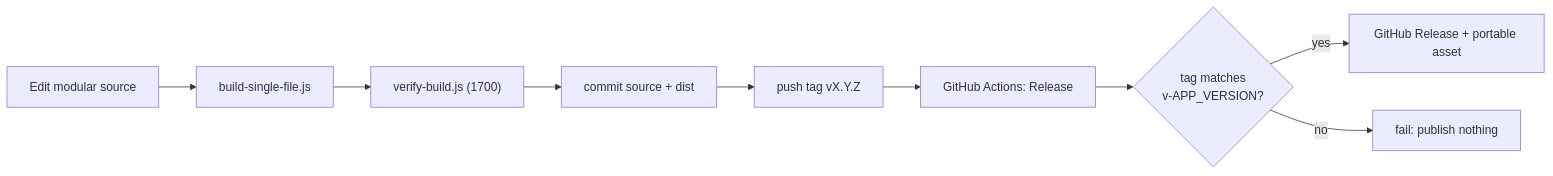
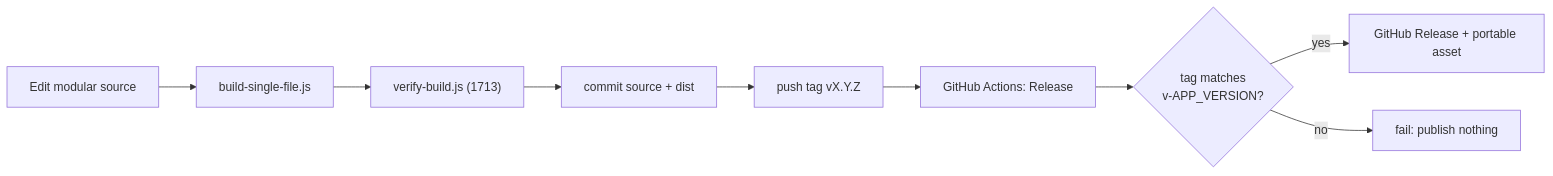
One commit to fanoryu/TAM-Intelligence-OS changed the second of 2 diagrams in README.md. Above: the diagram before and after it, drawn with Mermaid. The commit also changed other lines of this file and 9 other files, not shown here.

First line of the commit message:
Release v2.8.5 - Workspace & Contract Timeline Integrity

````diff
--- a/README.md
+++ b/README.md
@@ -351,9 +343,9 @@
 ```mermaid
 flowchart LR
-  DEV["Edit modular source"] --> B["build-single-file.js"] --> V["verify-build.js (1700)"]
+  DEV["Edit modular source"] --> B["build-single-file.js"] --> V["verify-build.js (1713)"]
   V --> C["commit source + dist"] --> T["push tag vX.Y.Z"]
   T --> GA["GitHub Actions: Release"]
   GA --> GATE{"tag matches<br/>v-APP_VERSION?"}
   GATE -->|yes| REL["GitHub Release + portable asset"]
   GATE -->|no| STOP["fail: publish nothing"]
 ```
````
